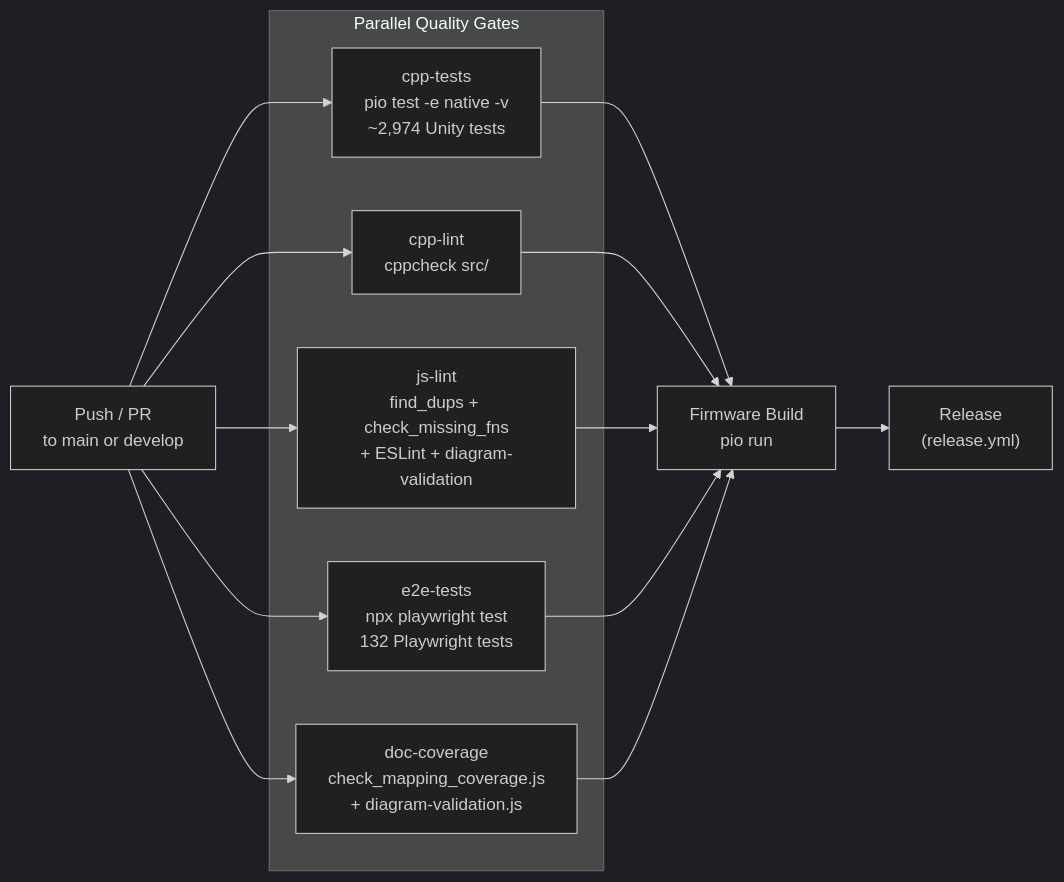
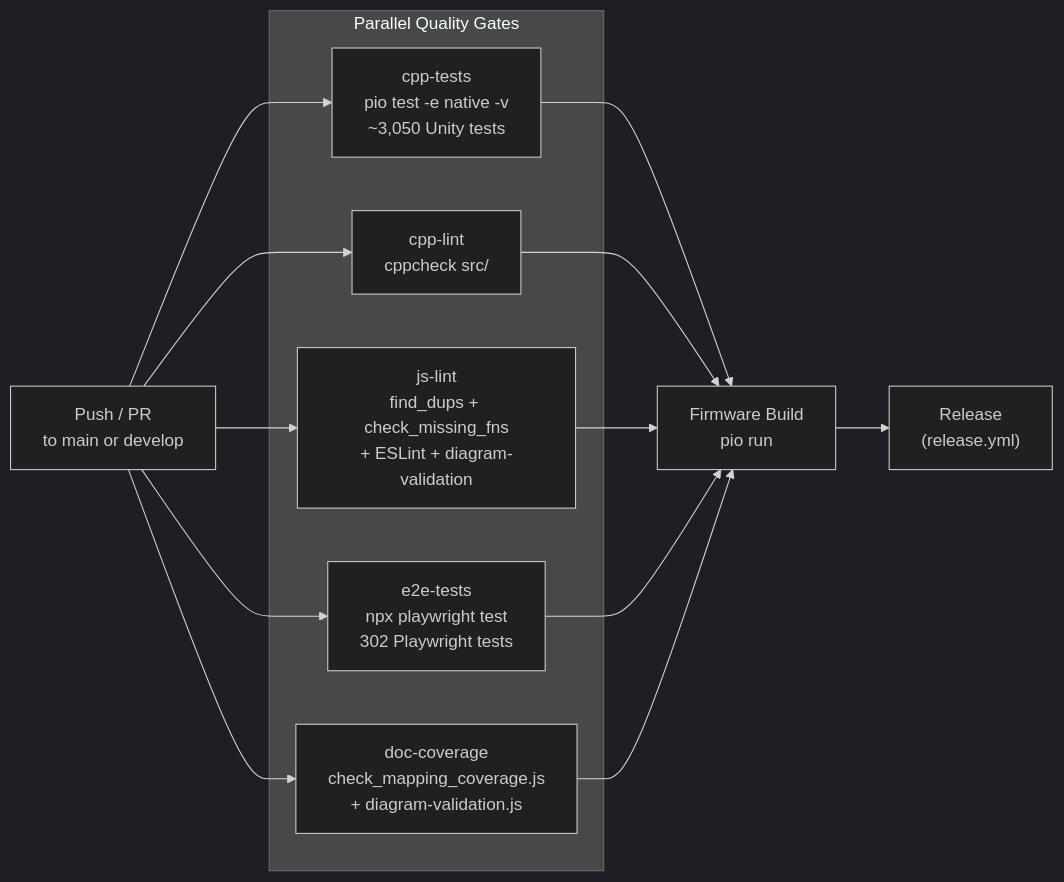
Before and after one commit to Schmackos/ALX_Nova_Controller_2: the second of 2 diagrams in docs-site/docs/developer/testing.md, drawn with Mermaid (dark theme). The commit also changed other lines of this file and 87 other files, not shown here.

First line of the commit message:
feat: comprehensive Playwright E2E test overhaul (132 → 302 tests)

````diff
--- a/docs-site/docs/developer/testing.md
+++ b/docs-site/docs/developer/testing.md
@@ -306,18 +636,18 @@
 ```mermaid
 flowchart LR
     PUSH["Push / PR\nto main or develop"]
 
     subgraph Gates ["Parallel Quality Gates"]
-        CPP["cpp-tests\npio test -e native -v\n~2,974 Unity tests"]
+        CPP["cpp-tests\npio test -e native -v\n~3,050 Unity tests"]
         LINT["cpp-lint\ncppcheck src/"]
         JS["js-lint\nfind_dups + check_missing_fns\n+ ESLint + diagram-validation"]
-        E2E["e2e-tests\nnpx playwright test\n132 Playwright tests"]
+        E2E["e2e-tests\nnpx playwright test\n302 Playwright tests"]
         DOC["doc-coverage\ncheck_mapping_coverage.js\n+ diagram-validation.js"]
     end
 
     BUILD["Firmware Build\npio run"]
     RELEASE["Release\n(release.yml)"]
 
     PUSH --> CPP & LINT & JS & E2E & DOC
     CPP & LINT & JS & E2E & DOC --> BUILD --> RELEASE
 ```
````
